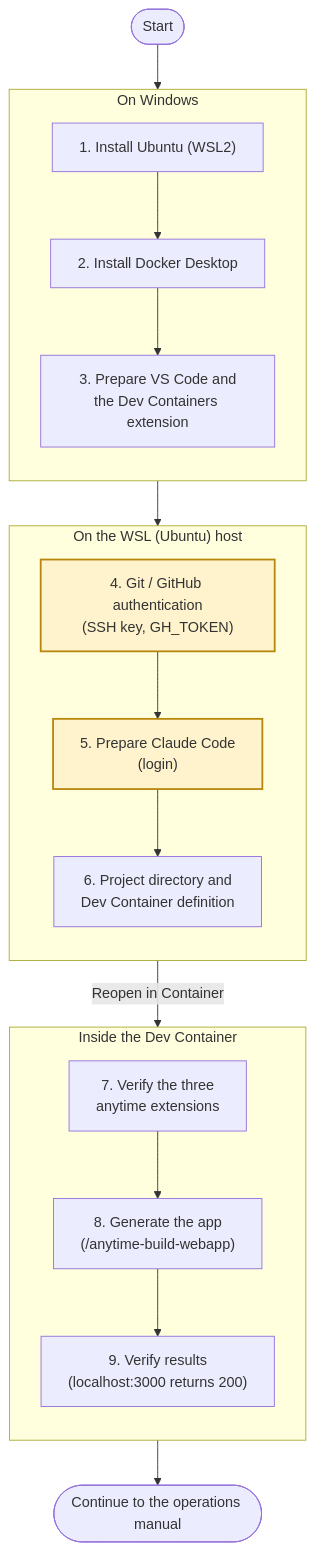
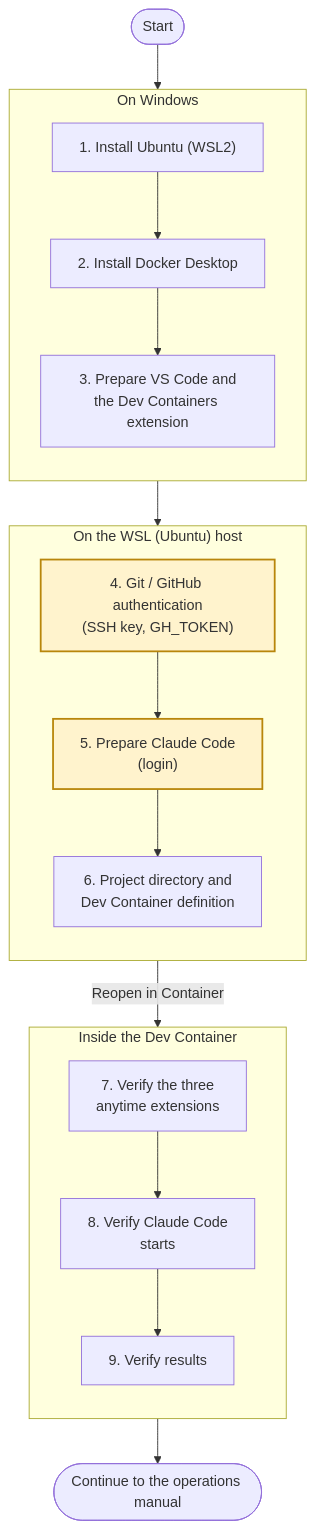
The diagram in docs/manual/dev-env-setup/dev-env-setup.en.md (anytime-trial/anytime-markdown), drawn with Mermaid before and after one commit. The commit also changed other lines of this file and 79 other files, not shown here.

First line of the commit message:
release: anytime-markdown v1.26.4 / anytime-trail v1.8.5 / anytime-agent v1.21.0 / web-app v0.57.1 (#188)

````diff
--- a/docs/manual/dev-env-setup/dev-env-setup.en.md
+++ b/docs/manual/dev-env-setup/dev-env-setup.en.md
@@ -29,25 +29,25 @@
 ```mermaid
 flowchart TD
     Start(["Start"]) --> S1
     subgraph WIN ["On Windows"]
         direction TB
         S1["1. Install Ubuntu (WSL2)"] --> S2["2. Install Docker Desktop"]
         S2 --> S3["3. Prepare VS Code and<br/>the Dev Containers extension"]
     end
     subgraph WSLH ["On the WSL (Ubuntu) host"]
         direction TB
         S4["4. Git / GitHub authentication<br/>(SSH key, GH_TOKEN)"] --> S5["5. Prepare Claude Code<br/>(login)"]
         S5 --> S6["6. Project directory and<br/>Dev Container definition"]
     end
     subgraph CTN ["Inside the Dev Container"]
         direction TB
-        S7["7. Verify the three<br/>anytime extensions"] --> S8["8. Generate the app<br/>(/anytime-build-webapp)"]
-        S8 --> S9["9. Verify results<br/>(localhost:3000 returns 200)"]
+        S7["7. Verify the three<br/>anytime extensions"] --> S8["8. Verify Claude Code<br/>starts"]
+        S8 --> S9["9. Verify results"]
     end
     S3 --> S4
     S6 -- "Reopen in Container" --> S7
     S9 --> Next(["Continue to the operations manual"])
 
     classDef entry fill:#fff3cd,stroke:#b8860b,stroke-width:2px,color:#333333
     class S4,S5 entry
 ```
````
